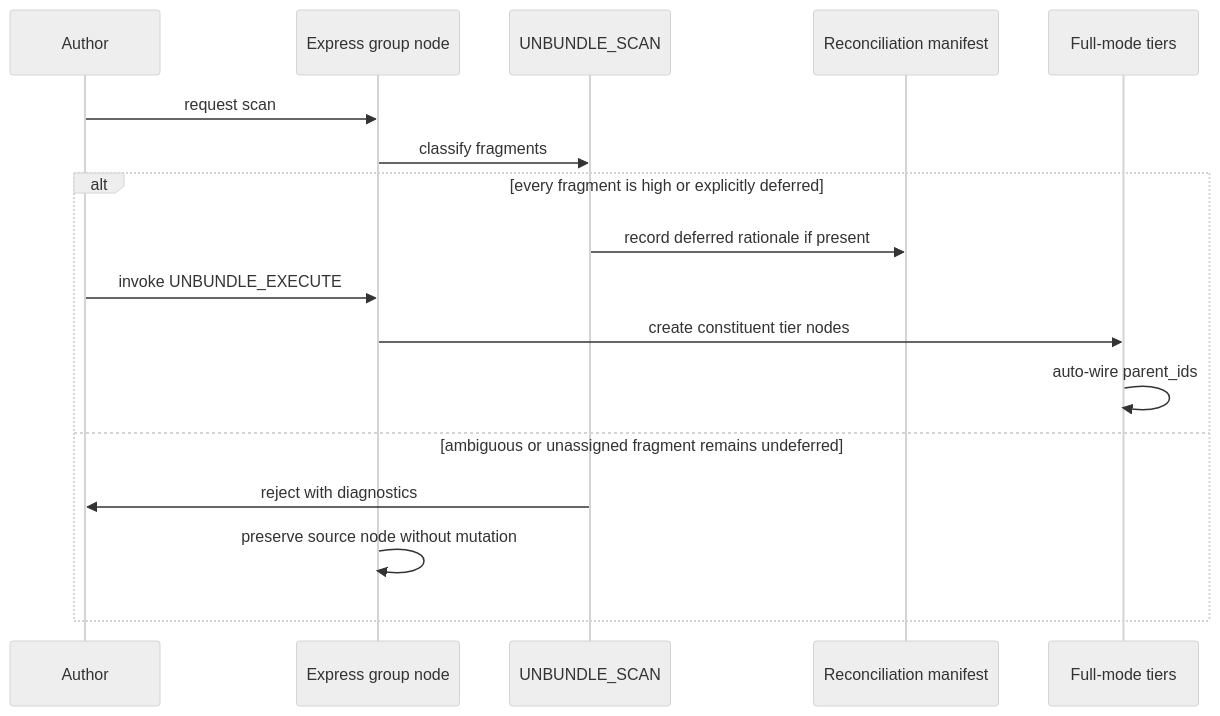
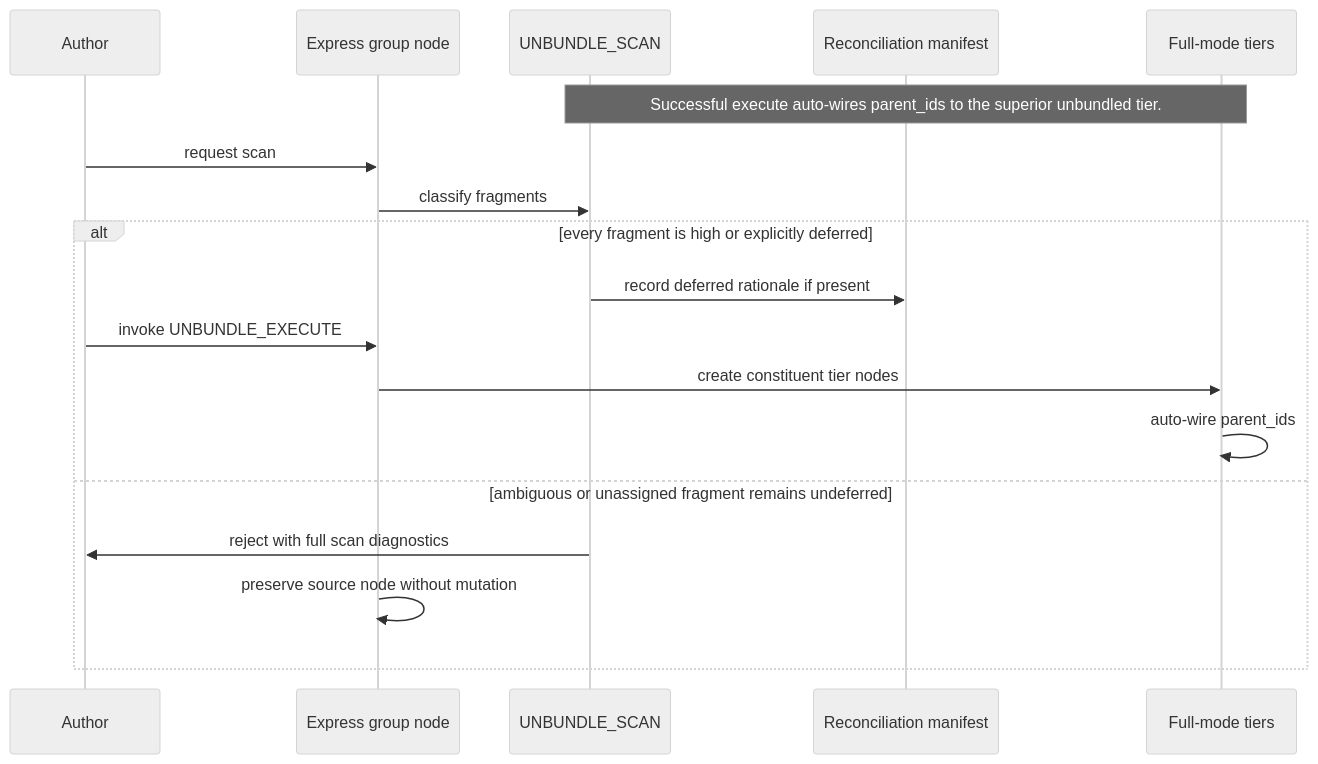
Diagram 19 of 28 in .agent/assets/proposals/active/v6.3/ddr_ref_manual_v6.3.md (formosa/Antigravity), drawn with Mermaid (neutral theme) before and after one commit. The commit also changed other lines of this file, not shown here.

````diff
--- a/.agent/assets/proposals/active/v6.3/ddr_ref_manual_v6.3.md
+++ b/.agent/assets/proposals/active/v6.3/ddr_ref_manual_v6.3.md
@@ -1400,20 +1472,23 @@
 ```mermaid
 sequenceDiagram
+    accTitle: UNBUNDLE_SCAN and UNBUNDLE_EXECUTE sequence
+    accDescr: Shows the Express Mode scan and execute protocol, including deterministic allocation, deferred rationale recording, and rejection without mutation.
     participant A as Author
     participant G as Express group node
     participant S as UNBUNDLE_SCAN
     participant M as Reconciliation manifest
     participant F as Full-mode tiers
 
+    Note over S,F: Successful execute auto-wires parent_ids to the superior unbundled tier.
     A->>G: request scan
     G->>S: classify fragments
     alt every fragment is high or explicitly deferred
         S->>M: record deferred rationale if present
         A->>G: invoke UNBUNDLE_EXECUTE
         G->>F: create constituent tier nodes
         F->>F: auto-wire parent_ids
     else ambiguous or unassigned fragment remains undeferred
-        S->>A: reject with diagnostics
+        S->>A: reject with full scan diagnostics
         G->>G: preserve source node without mutation
     end
 ```
````
